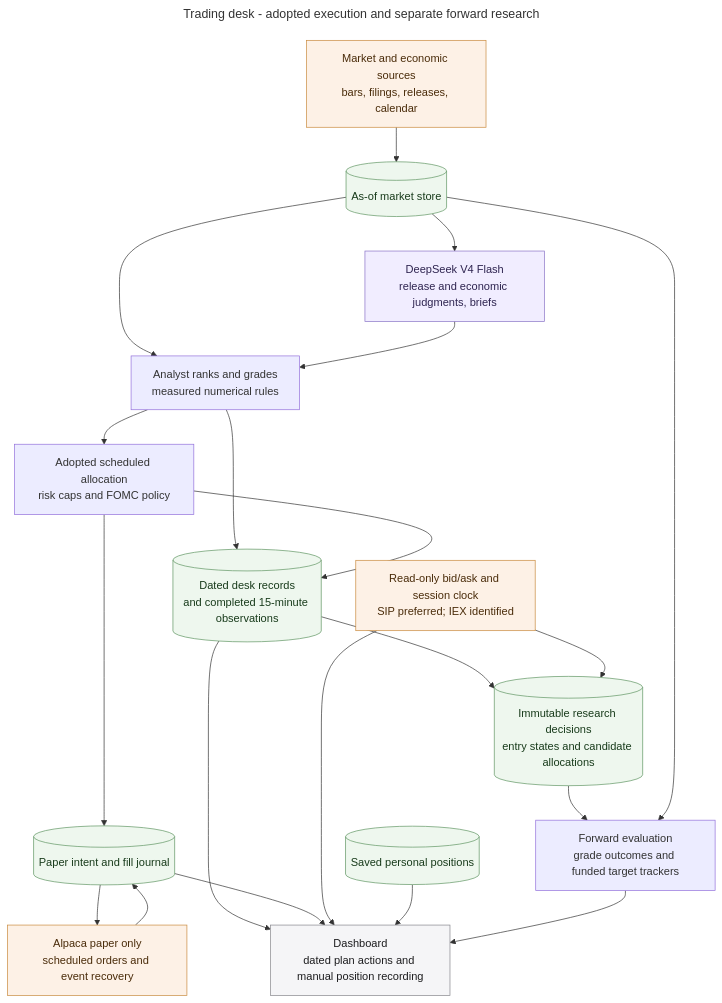
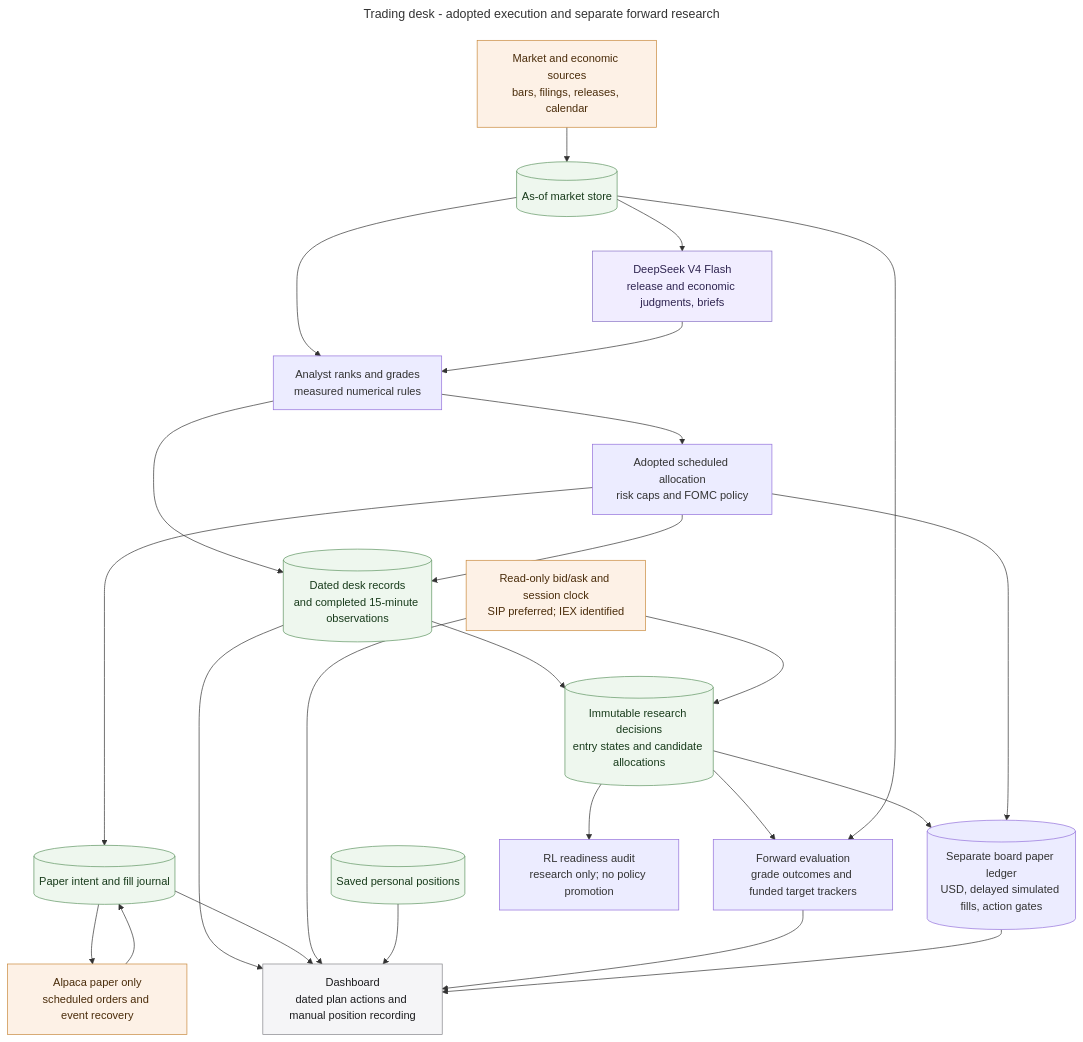
The diagram in docs/diagrams/agent-trading-desk.mmd (MallyaAni/PersonalAssistant), drawn with Mermaid before and after one commit. The commit also changed 21 other files, not shown here.

Commit message:
Add ticker timelines and an isolated USD forward paper ledger

```diff
--- a/docs/diagrams/agent-trading-desk.mmd
+++ b/docs/diagrams/agent-trading-desk.mmd
@@ -1,32 +1,36 @@
 ---
 title: Trading desk - adopted execution and separate forward research
 ---
 flowchart TB
     Providers[Market and economic sources<br/>bars, filings, releases, calendar] --> Store[(As-of market store)]
     Store --> Models[DeepSeek V4 Flash<br/>release and economic judgments, briefs]
     Store --> Grades[Analyst ranks and grades<br/>measured numerical rules]
     Models --> Grades
     Grades --> Plan[Adopted scheduled allocation<br/>risk caps and FOMC policy]
     Plan --> Journal[(Paper intent and fill journal)]
     Journal --> Broker[Alpaca paper only<br/>scheduled orders and event recovery]
     Broker --> Journal
     Grades --> Records[(Dated desk records<br/>and completed 15-minute observations)]
     Plan --> Records
     Records --> View[Dashboard<br/>dated plan actions and manual position recording]
     Journal --> View
     Quotes[Read-only bid/ask and session clock<br/>SIP preferred; IEX identified] --> View
     Holdings[(Saved personal positions)] --> View
     Records --> Research[(Immutable research decisions<br/>entry states and candidate allocations)]
     Quotes --> Research
     Research --> Evidence[Forward evaluation<br/>grade outcomes and funded target trackers]
     Store --> Evidence
     Evidence --> View
+    Research --> Shadow[(Separate board paper ledger<br/>USD, delayed simulated fills, action gates)]
+    Plan --> Shadow
+    Shadow --> View
+    Research --> Audit[RL readiness audit<br/>research only; no policy promotion]
 
     classDef data fill:#eef7ee,stroke:#5f9562,color:#183b1b;
     classDef external fill:#fdf1e6,stroke:#c98a3d,color:#4a2c0a;
     classDef model fill:#f1edff,stroke:#8872c6,color:#2e2450;
     classDef interface fill:#f5f5f7,stroke:#86868b,color:#1d1d1f;
     class Store,Journal,Records,Holdings,Research data;
     class Providers,Broker,Quotes external;
     class Models model;
     class View interface;
```
